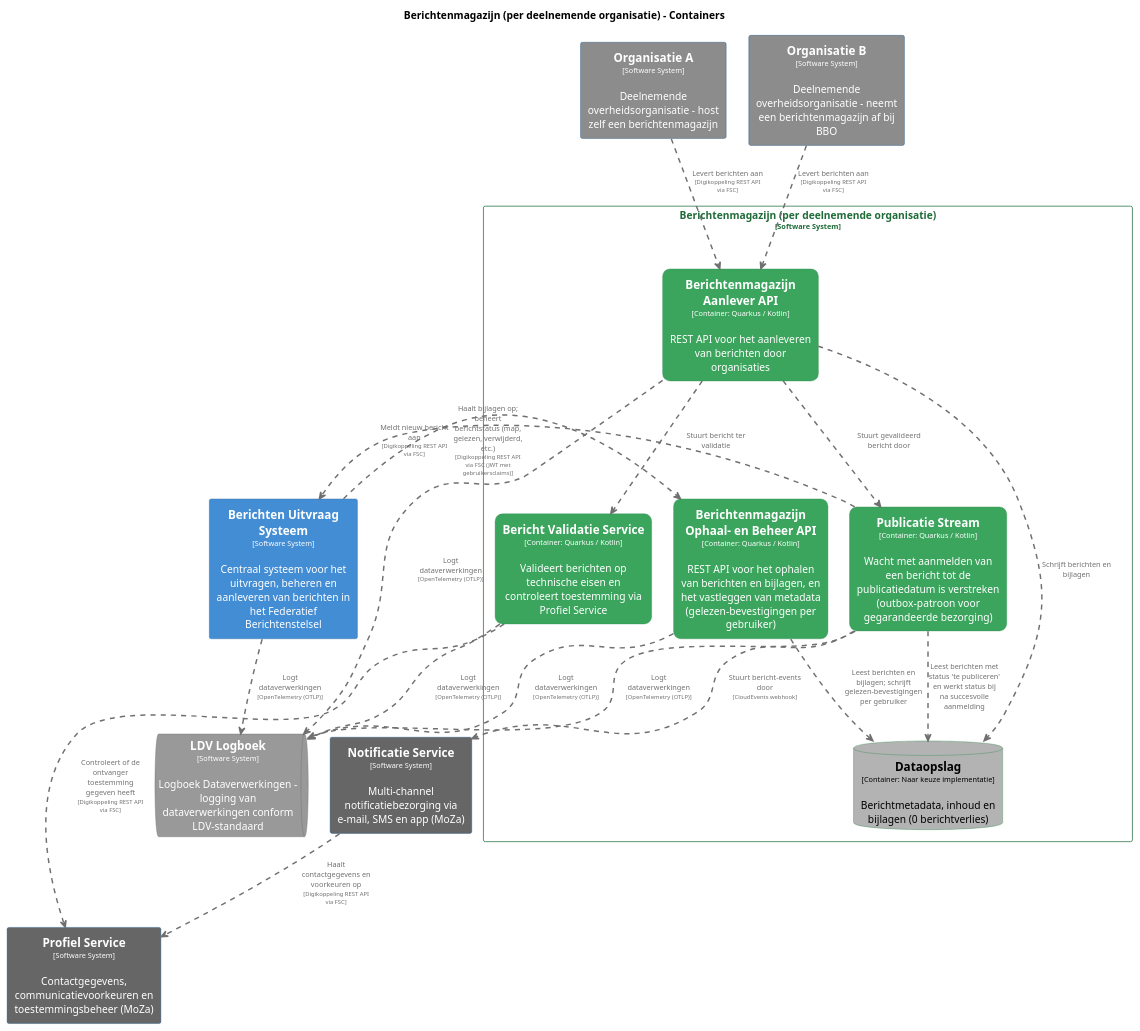
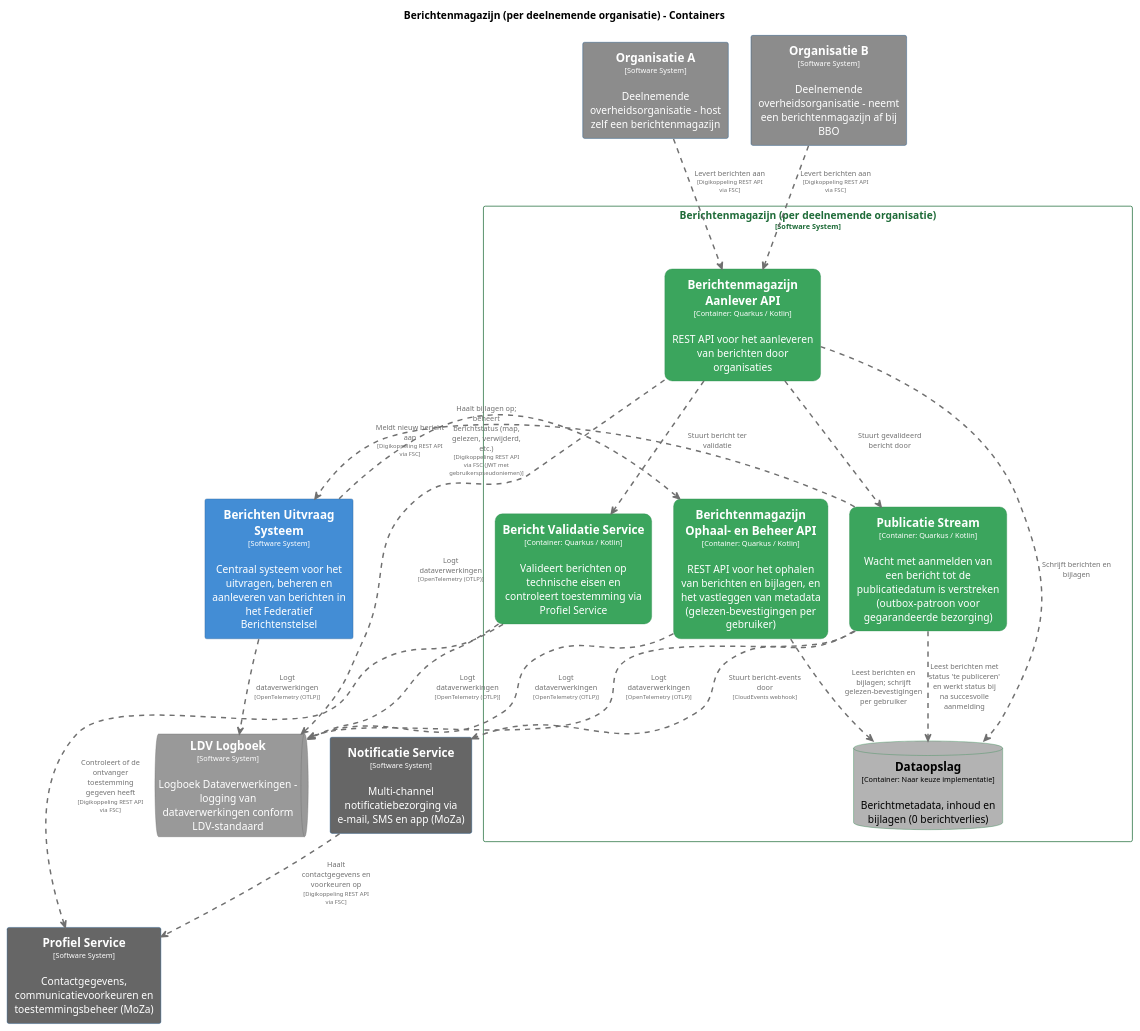
One commit to MinBZK/moza-poc-fbs-berichtenbox changed the diagram in pr-preview/pr-22/master/puml/BerichtenmagazijnContainers.puml. Above: the diagram before and after it, drawn with PlantUML. The commit also changed 22 other files, not shown here.

```diff
--- a/pr-preview/pr-22/master/puml/BerichtenmagazijnContainers.puml
+++ b/pr-preview/pr-22/master/puml/BerichtenmagazijnContainers.puml
@@ -1,126 +1,126 @@
 @startuml
 set separator none
 title Berichtenmagazijn (per deelnemende organisatie) - Containers
 
 top to bottom direction
 skinparam ranksep 60
 skinparam nodesep 30
 
 skinparam {
   arrowFontSize 10
   defaultTextAlignment center
   wrapWidth 200
   maxMessageSize 100
 }
 
 hide stereotype
 
 skinparam rectangle<<Berichtenmagazijnperdeelnemendeorganisatie.BerichtValidatieService>> {
   BackgroundColor #3ba55d
   FontColor #ffffff
   BorderColor #2d8a4e
   roundCorner 20
   shadowing false
 }
 skinparam rectangle<<BerichtenUitvraagSysteem>> {
   BackgroundColor #438dd5
   FontColor #ffffff
   BorderColor #2e6295
   shadowing false
 }
 skinparam rectangle<<Berichtenmagazijnperdeelnemendeorganisatie.BerichtenmagazijnAanleverAPI>> {
   BackgroundColor #3ba55d
   FontColor #ffffff
   BorderColor #2d8a4e
   roundCorner 20
   shadowing false
 }
 skinparam rectangle<<Berichtenmagazijnperdeelnemendeorganisatie.BerichtenmagazijnOphaalenBeheerAPI>> {
   BackgroundColor #3ba55d
   FontColor #ffffff
   BorderColor #2d8a4e
   roundCorner 20
   shadowing false
 }
 skinparam database<<Berichtenmagazijnperdeelnemendeorganisatie.Dataopslag>> {
   BackgroundColor #b3b3b3
   FontColor #000000
   BorderColor #2d8a4e
   shadowing false
 }
 skinparam queue<<LDVLogboek>> {
   BackgroundColor #999999
   FontColor #ffffff
   BorderColor #6b6b6b
   shadowing false
 }
 skinparam rectangle<<NotificatieService>> {
   BackgroundColor #666666
   FontColor #ffffff
   BorderColor #0b4884
   shadowing false
 }
 skinparam rectangle<<OrganisatieA>> {
   BackgroundColor #8c8c8c
   FontColor #ffffff
   BorderColor #0b4884
   shadowing false
 }
 skinparam rectangle<<OrganisatieB>> {
   BackgroundColor #8c8c8c
   FontColor #ffffff
   BorderColor #0b4884
   shadowing false
 }
 skinparam rectangle<<ProfielService>> {
   BackgroundColor #666666
   FontColor #ffffff
   BorderColor #0b4884
   shadowing false
 }
 skinparam rectangle<<Berichtenmagazijnperdeelnemendeorganisatie.PublicatieStream>> {
   BackgroundColor #3ba55d
   FontColor #ffffff
   BorderColor #2d8a4e
   roundCorner 20
   shadowing false
 }
 skinparam rectangle<<Berichtenmagazijnperdeelnemendeorganisatie>> {
   BorderColor #1e6b38
   FontColor #1e6b38
   shadowing false
 }
 
 rectangle "==Profiel Service\n<size:10>[Software System]</size>\n\nContactgegevens, communicatievoorkeuren en toestemmingsbeheer (MoZa)" <<ProfielService>> as ProfielService
 rectangle "==Notificatie Service\n<size:10>[Software System]</size>\n\nMulti-channel notificatiebezorging via e-mail, SMS en app (MoZa)" <<NotificatieService>> as NotificatieService
 rectangle "==Organisatie A\n<size:10>[Software System]</size>\n\nDeelnemende overheidsorganisatie - host zelf een berichtenmagazijn" <<OrganisatieA>> as OrganisatieA
 rectangle "==Organisatie B\n<size:10>[Software System]</size>\n\nDeelnemende overheidsorganisatie - neemt een berichtenmagazijn af bij BBO" <<OrganisatieB>> as OrganisatieB
 rectangle "==Berichten Uitvraag Systeem\n<size:10>[Software System]</size>\n\nCentraal systeem voor het uitvragen, beheren en aanleveren van berichten in het Federatief Berichtenstelsel" <<BerichtenUitvraagSysteem>> as BerichtenUitvraagSysteem
 queue "==LDV Logboek\n<size:10>[Software System]</size>\n\nLogboek Dataverwerkingen - logging van dataverwerkingen conform LDV-standaard" <<LDVLogboek>> as LDVLogboek
 
 rectangle "Berichtenmagazijn (per deelnemende organisatie)\n<size:10>[Software System]</size>" <<Berichtenmagazijnperdeelnemendeorganisatie>> {
   rectangle "==Berichtenmagazijn Ophaal- en Beheer API\n<size:10>[Container: Quarkus / Kotlin]</size>\n\nREST API voor het ophalen van berichten en bijlagen, en het vastleggen van metadata (gelezen-bevestigingen per gebruiker)" <<Berichtenmagazijnperdeelnemendeorganisatie.BerichtenmagazijnOphaalenBeheerAPI>> as Berichtenmagazijnperdeelnemendeorganisatie.BerichtenmagazijnOphaalenBeheerAPI
   rectangle "==Berichtenmagazijn Aanlever API\n<size:10>[Container: Quarkus / Kotlin]</size>\n\nREST API voor het aanleveren van berichten door organisaties" <<Berichtenmagazijnperdeelnemendeorganisatie.BerichtenmagazijnAanleverAPI>> as Berichtenmagazijnperdeelnemendeorganisatie.BerichtenmagazijnAanleverAPI
   database "==Dataopslag\n<size:10>[Container: Naar keuze implementatie]</size>\n\nBerichtmetadata, inhoud en bijlagen (0 berichtverlies)" <<Berichtenmagazijnperdeelnemendeorganisatie.Dataopslag>> as Berichtenmagazijnperdeelnemendeorganisatie.Dataopslag
   rectangle "==Bericht Validatie Service\n<size:10>[Container: Quarkus / Kotlin]</size>\n\nValideert berichten op technische eisen en controleert toestemming via Profiel Service" <<Berichtenmagazijnperdeelnemendeorganisatie.BerichtValidatieService>> as Berichtenmagazijnperdeelnemendeorganisatie.BerichtValidatieService
   rectangle "==Publicatie Stream\n<size:10>[Container: Quarkus / Kotlin]</size>\n\nWacht met aanmelden van een bericht tot de publicatiedatum is verstreken (outbox-patroon voor gegarandeerde bezorging)" <<Berichtenmagazijnperdeelnemendeorganisatie.PublicatieStream>> as Berichtenmagazijnperdeelnemendeorganisatie.PublicatieStream
 }
 
 Berichtenmagazijnperdeelnemendeorganisatie.BerichtenmagazijnAanleverAPI .[#707070,thickness=2].> LDVLogboek : "<color:#707070>Logt dataverwerkingen\n<color:#707070><size:8>[OpenTelemetry (OTLP)]</size>"
 Berichtenmagazijnperdeelnemendeorganisatie.BerichtValidatieService .[#707070,thickness=2].> LDVLogboek : "<color:#707070>Logt dataverwerkingen\n<color:#707070><size:8>[OpenTelemetry (OTLP)]</size>"
 BerichtenUitvraagSysteem .[#707070,thickness=2].> LDVLogboek : "<color:#707070>Logt dataverwerkingen\n<color:#707070><size:8>[OpenTelemetry (OTLP)]</size>"
 Berichtenmagazijnperdeelnemendeorganisatie.PublicatieStream .[#707070,thickness=2].> LDVLogboek : "<color:#707070>Logt dataverwerkingen\n<color:#707070><size:8>[OpenTelemetry (OTLP)]</size>"
 Berichtenmagazijnperdeelnemendeorganisatie.BerichtenmagazijnOphaalenBeheerAPI .[#707070,thickness=2].> Berichtenmagazijnperdeelnemendeorganisatie.Dataopslag : "<color:#707070>Leest berichten en bijlagen; schrijft gelezen-bevestigingen per gebruiker"
 Berichtenmagazijnperdeelnemendeorganisatie.BerichtenmagazijnAanleverAPI .[#707070,thickness=2].> Berichtenmagazijnperdeelnemendeorganisatie.Dataopslag : "<color:#707070>Schrijft berichten en bijlagen"
 Berichtenmagazijnperdeelnemendeorganisatie.BerichtenmagazijnAanleverAPI .[#707070,thickness=2].> Berichtenmagazijnperdeelnemendeorganisatie.BerichtValidatieService : "<color:#707070>Stuurt bericht ter validatie"
 Berichtenmagazijnperdeelnemendeorganisatie.BerichtenmagazijnAanleverAPI .[#707070,thickness=2].> Berichtenmagazijnperdeelnemendeorganisatie.PublicatieStream : "<color:#707070>Stuurt gevalideerd bericht door"
 Berichtenmagazijnperdeelnemendeorganisatie.PublicatieStream .[#707070,thickness=2].> Berichtenmagazijnperdeelnemendeorganisatie.Dataopslag : "<color:#707070>Leest berichten met status 'te publiceren' en werkt status bij na succesvolle aanmelding"
-BerichtenUitvraagSysteem .[#707070,thickness=2].> Berichtenmagazijnperdeelnemendeorganisatie.BerichtenmagazijnOphaalenBeheerAPI : "<color:#707070>Haalt bijlagen op; beheert berichtstatus (map, gelezen, verwijderd, etc.)\n<color:#707070><size:8>[Digikoppeling REST API via FSC (JWT met gebruikersclaims)]</size>"
+BerichtenUitvraagSysteem .[#707070,thickness=2].> Berichtenmagazijnperdeelnemendeorganisatie.BerichtenmagazijnOphaalenBeheerAPI : "<color:#707070>Haalt bijlagen op; beheert berichtstatus (map, gelezen, verwijderd, etc.)\n<color:#707070><size:8>[Digikoppeling REST API via FSC (JWT met gebruikerspseudoniemen)]</size>"
 Berichtenmagazijnperdeelnemendeorganisatie.PublicatieStream .[#707070,thickness=2].> BerichtenUitvraagSysteem : "<color:#707070>Meldt nieuw bericht aan\n<color:#707070><size:8>[Digikoppeling REST API via FSC]</size>"
 Berichtenmagazijnperdeelnemendeorganisatie.PublicatieStream .[#707070,thickness=2].> NotificatieService : "<color:#707070>Stuurt bericht-events door\n<color:#707070><size:8>[CloudEvents webhook]</size>"
 NotificatieService .[#707070,thickness=2].> ProfielService : "<color:#707070>Haalt contactgegevens en voorkeuren op\n<color:#707070><size:8>[Digikoppeling REST API via FSC]</size>"
 OrganisatieA .[#707070,thickness=2].> Berichtenmagazijnperdeelnemendeorganisatie.BerichtenmagazijnAanleverAPI : "<color:#707070>Levert berichten aan\n<color:#707070><size:8>[Digikoppeling REST API via FSC]</size>"
 OrganisatieB .[#707070,thickness=2].> Berichtenmagazijnperdeelnemendeorganisatie.BerichtenmagazijnAanleverAPI : "<color:#707070>Levert berichten aan\n<color:#707070><size:8>[Digikoppeling REST API via FSC]</size>"
 Berichtenmagazijnperdeelnemendeorganisatie.BerichtValidatieService .[#707070,thickness=2].> ProfielService : "<color:#707070>Controleert of de ontvanger toestemming gegeven heeft\n<color:#707070><size:8>[Digikoppeling REST API via FSC]</size>"
 Berichtenmagazijnperdeelnemendeorganisatie.BerichtenmagazijnOphaalenBeheerAPI .[#707070,thickness=2].> LDVLogboek : "<color:#707070>Logt dataverwerkingen\n<color:#707070><size:8>[OpenTelemetry (OTLP)]</size>"
 @enduml
```
